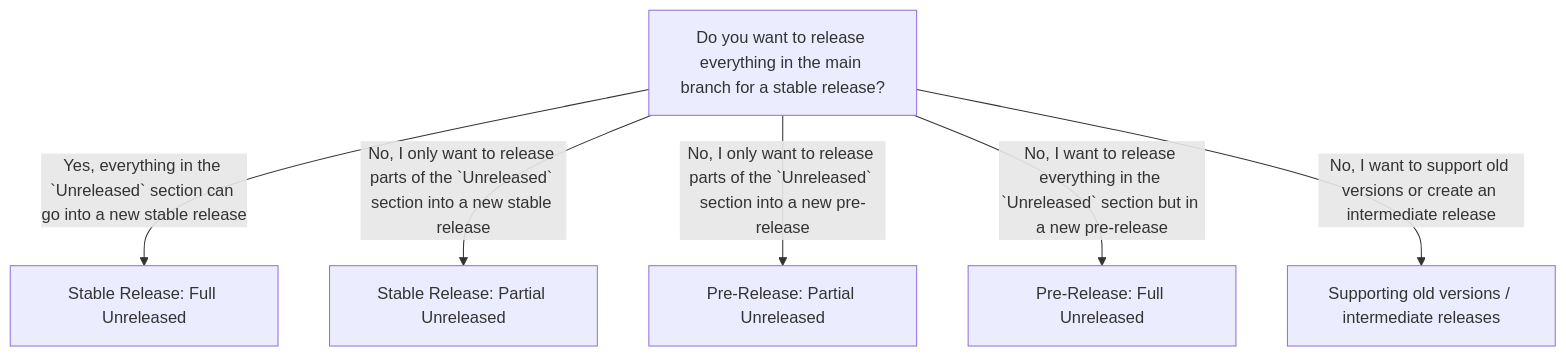
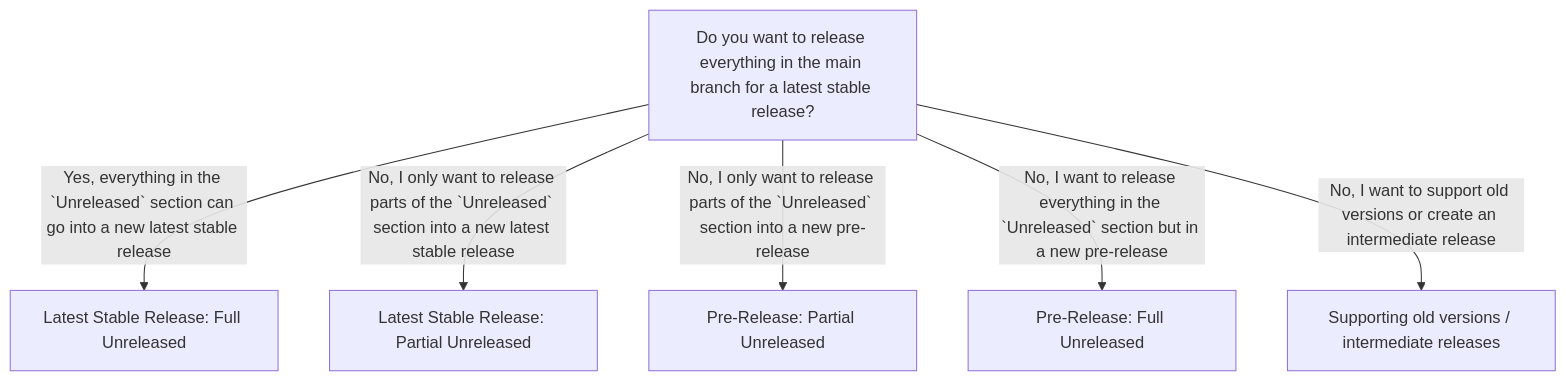
The diagram in index.md (neolution-ch/release-process-test), drawn with Mermaid before and after one commit. The commit also changed other lines of this file, not shown here.

Commit message:
docs: enhance release process documentation for clarity and detail

````diff
--- a/index.md
+++ b/index.md
@@ -63,9 +75,9 @@
 ```mermaid
 graph TD
-    A[Do you want to release everything in the main branch for a stable release?]
-    A -->|"Yes, everything in the `Unreleased` section can go into a new stable release"| B[Stable Release: Full Unreleased]
-    A -->|"No, I only want to release parts of the `Unreleased` section into a new stable release"| C[Stable Release: Partial Unreleased]
+    A[Do you want to release everything in the main branch for a latest stable release?]
+    A -->|"Yes, everything in the `Unreleased` section can go into a new latest stable release"| B[Latest Stable Release: Full Unreleased]
+    A -->|"No, I only want to release parts of the `Unreleased` section into a new latest stable release"| C[Latest Stable Release: Partial Unreleased]
     A -->|"No, I only want to release parts of the `Unreleased` section into a new pre-release"| D[Pre-Release: Partial Unreleased]
     A -->|"No, I want to release everything in the `Unreleased` section but in a new pre-release"| E[Pre-Release: Full Unreleased]
     A -->|"No, I want to support old versions or create an intermediate release"| F[Supporting old versions / intermediate releases]
 ```
````
